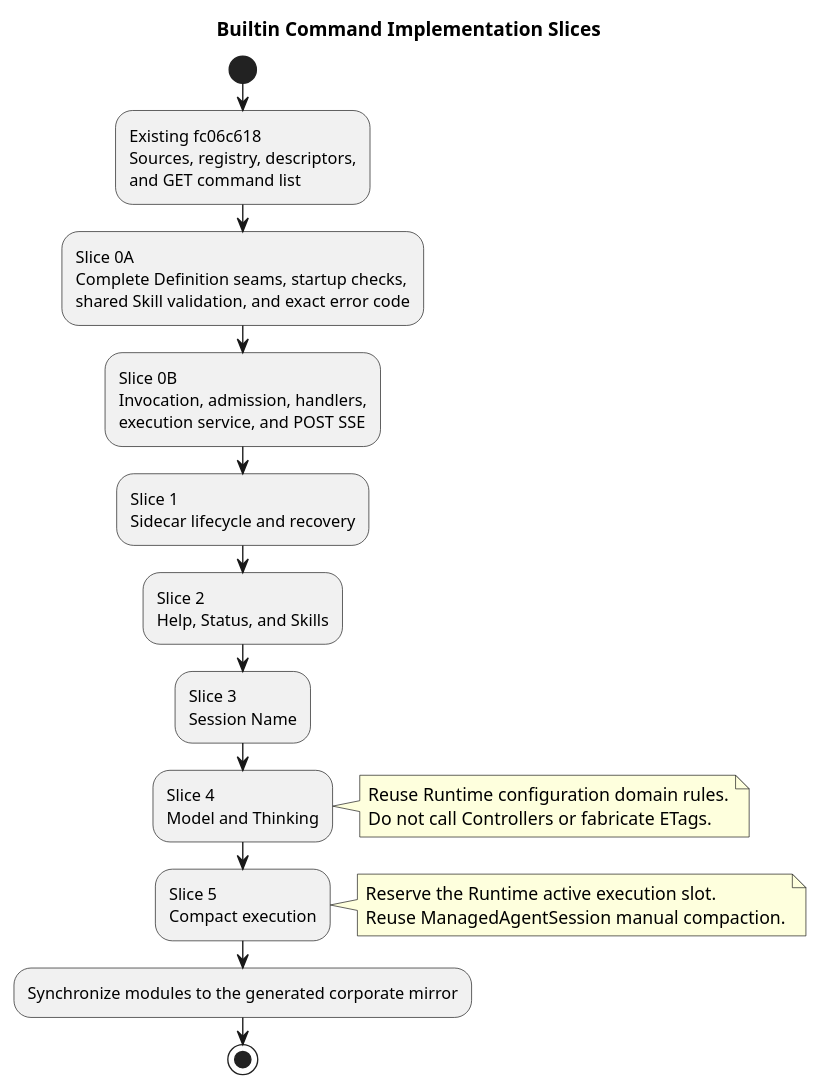
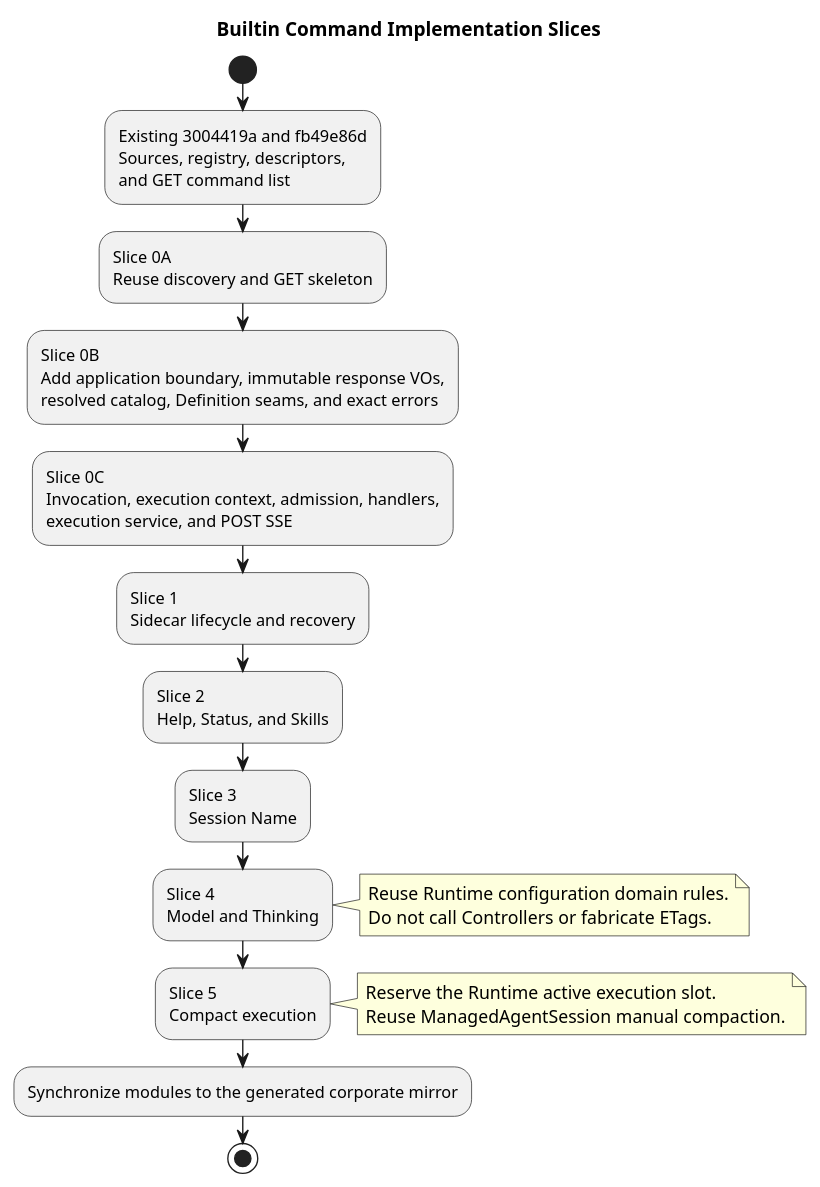
One commit to ssm0808/pi-mono-java-design changed the second of 8 diagrams in 04-命令与技能/01-内置命令/设计图/diagram.puml. Above: the diagram before and after it, drawn with PlantUML. The commit also changed other lines of this file and 14 other files, not shown here.

Commit message:
docs(design): 沉淀 Builtin 目标类图方法

```diff
--- a/04-命令与技能/01-内置命令/设计图/diagram.puml
+++ b/04-命令与技能/01-内置命令/设计图/diagram.puml
@@ -26,30 +26,31 @@
 @startuml builtin_implementation_alignment
 title Builtin Command Implementation Slices
 skinparam shadowing false
 
-' Source evidence: pi-mono-java@fc06c618 modules/coding-agent-cli/src/main/java/com/campusclaw/codingagent/runtimeapi/command/CommandDefinition.java:14
-' Source evidence: pi-mono-java@fc06c618 modules/coding-agent-cli/src/main/java/com/campusclaw/codingagent/runtimeapi/command/CompositeCommandRegistry.java:27-73
-' Source evidence: pi-mono-java@fc06c618 modules/coding-agent-cli/src/main/java/com/campusclaw/codingagent/runtimeapi/web/RuntimeCommandController.java:37-81
-' Observed behavior: the feature branch provides command discovery and the GET endpoint, but Definition has no admission or handler and POST execution is absent.
+' Source evidence: pi-mono-java@3004419a modules/coding-agent-cli/src/main/java/com/campusclaw/codingagent/runtimeapi/command/CommandDefinition.java:15
+' Source evidence: pi-mono-java@3004419a modules/coding-agent-cli/src/main/java/com/campusclaw/codingagent/runtimeapi/command/CompositeCommandRegistry.java:27-75
+' Source evidence: pi-mono-java@fb49e86d modules/coding-agent-cli/src/main/java/com/campusclaw/codingagent/runtimeapi/web/RuntimeCommandController.java:37-81
+' Observed behavior: the unmerged branches provide command discovery and the GET endpoint, but Definition has no admission or handler and POST execution is absent.
 ' Target-only design: extend the existing skeleton and deliver builtins as dependent vertical slices.
 
 start
-:Existing fc06c618\nSources, registry, descriptors,\nand GET command list;
-:Slice 0A\nComplete Definition seams, startup checks,\nshared Skill validation, and exact error code;
-:Slice 0B\nInvocation, admission, handlers,\nexecution service, and POST SSE;
+:Existing 3004419a and fb49e86d\nSources, registry, descriptors,\nand GET command list;
+:Slice 0A\nReuse discovery and GET skeleton;
+:Slice 0B\nAdd application boundary, immutable response VOs,\nresolved catalog, Definition seams, and exact errors;
+:Slice 0C\nInvocation, execution context, admission, handlers,\nexecution service, and POST SSE;
 :Slice 1\nSidecar lifecycle and recovery;
 :Slice 2\nHelp, Status, and Skills;
 :Slice 3\nSession Name;
 :Slice 4\nModel and Thinking;
 note right
 Reuse Runtime configuration domain rules.
 Do not call Controllers or fabricate ETags.
 end note
 :Slice 5\nCompact execution;
 note right
 Reserve the Runtime active execution slot.
 Reuse ManagedAgentSession manual compaction.
 end note
 :Synchronize modules to the generated corporate mirror;
 stop
 @enduml
```
